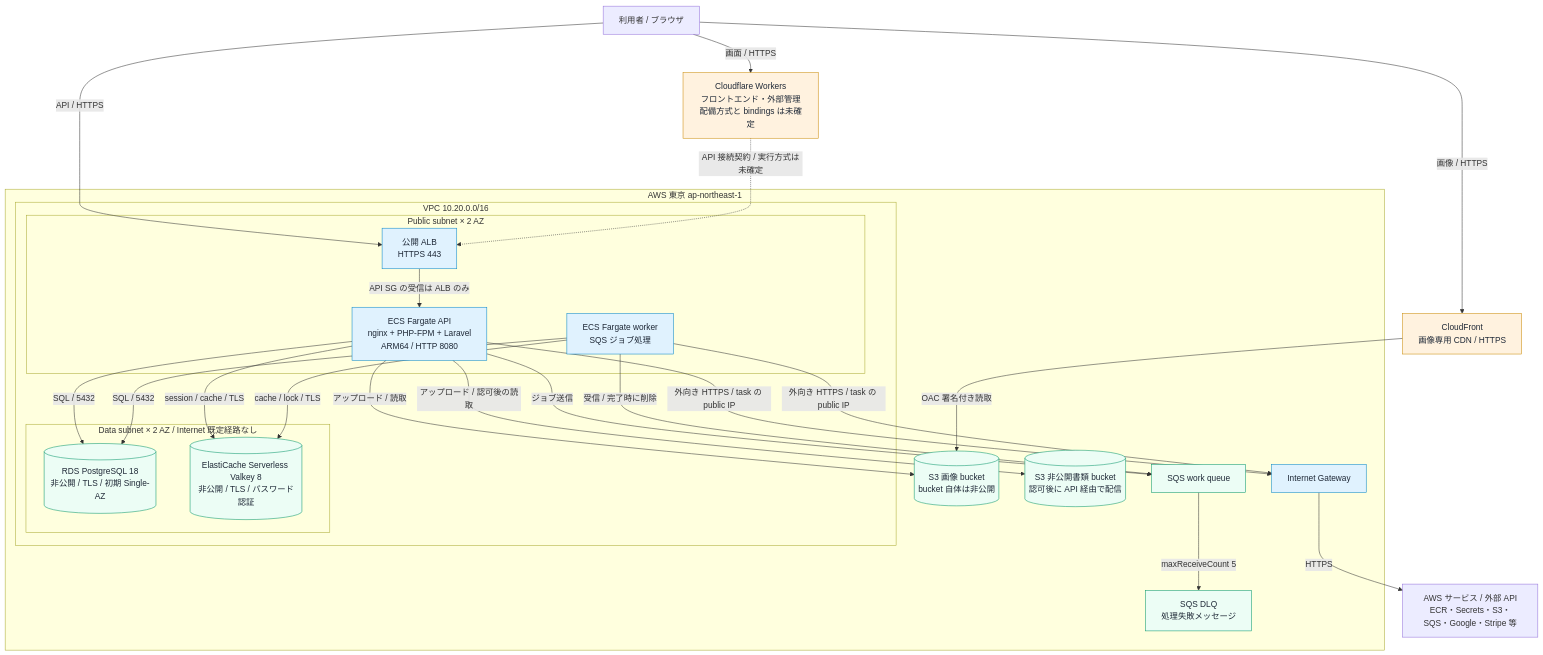
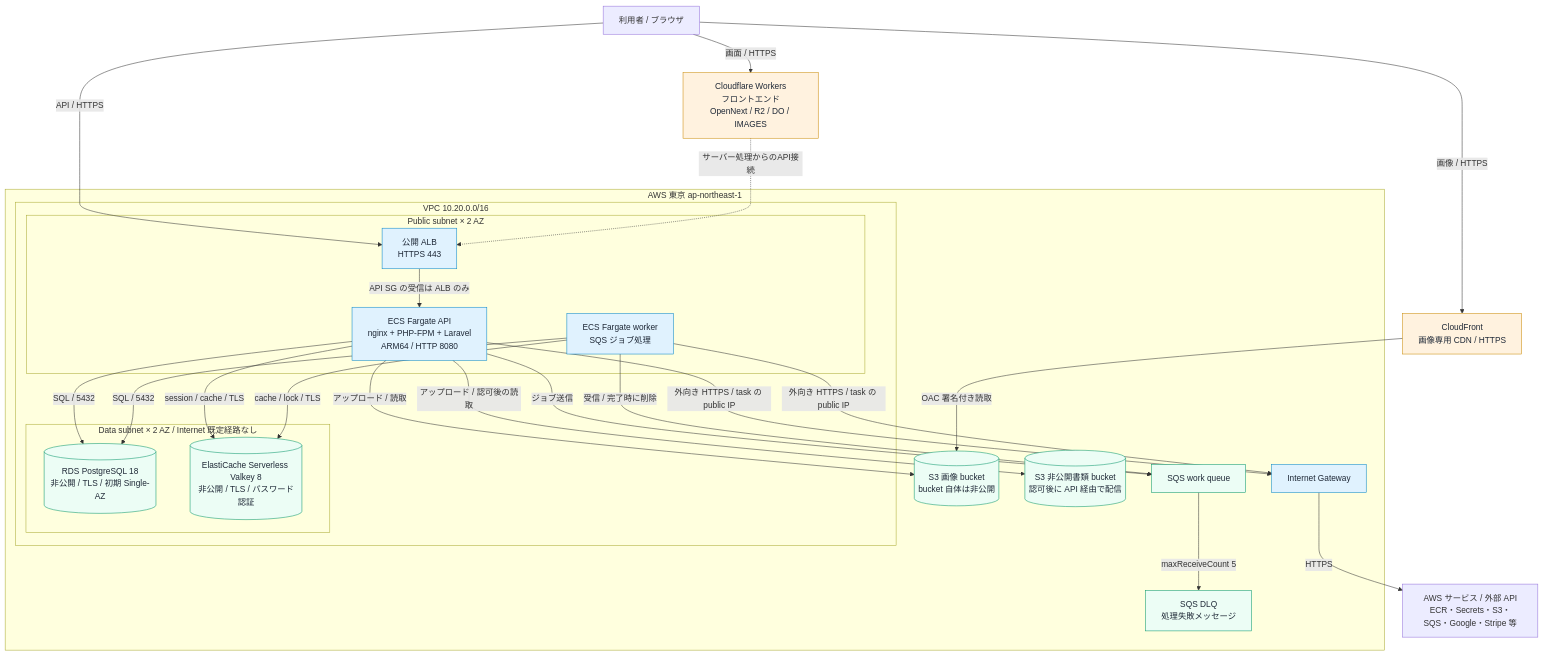
One commit to kpool09122/kpool-backend changed the first of 4 diagrams in doc/infrastructure/architecture.md. Above: the diagram before and after it, drawn with Mermaid. The commit also changed other lines of this file and 6 other files, not shown here.

````diff
--- a/doc/infrastructure/architecture.md
+++ b/doc/infrastructure/architecture.md
@@ -9,52 +9,52 @@
 ```mermaid
 flowchart TB
     user["利用者 / ブラウザ"]
-    frontend["Cloudflare Workers<br/>フロントエンド・外部管理<br/>配備方式と bindings は未確定"]
+    frontend["Cloudflare Workers<br/>フロントエンド<br/>OpenNext / R2 / DO / IMAGES"]
     cdn["CloudFront<br/>画像専用 CDN / HTTPS"]
 
     subgraph aws["AWS 東京 ap-northeast-1"]
         subgraph vpc["VPC 10.20.0.0/16"]
             subgraph public["Public subnet × 2 AZ"]
                 alb["公開 ALB<br/>HTTPS 443"]
                 api["ECS Fargate API<br/>nginx + PHP-FPM + Laravel<br/>ARM64 / HTTP 8080"]
                 worker["ECS Fargate worker<br/>SQS ジョブ処理"]
             end
             subgraph private["Data subnet × 2 AZ / Internet 既定経路なし"]
                 db[("RDS PostgreSQL 18<br/>非公開 / TLS / 初期 Single-AZ")]
                 cache[("ElastiCache Serverless Valkey 8<br/>非公開 / TLS / パスワード認証")]
             end
         end
         images[("S3 画像 bucket<br/>bucket 自体は非公開")]
         files[("S3 非公開書類 bucket<br/>認可後に API 経由で配信")]
         igw["Internet Gateway"]
         queue["SQS work queue"]
         dlq["SQS DLQ<br/>処理失敗メッセージ"]
     end
 
     external["AWS サービス / 外部 API<br/>ECR・Secrets・S3・SQS・Google・Stripe 等"]
     user -->|画面 / HTTPS| frontend
     user -->|API / HTTPS| alb
-    frontend -.->|API 接続契約 / 実行方式は未確定| alb
+    frontend -.->|サーバー処理からのAPI接続| alb
     user -->|画像 / HTTPS| cdn
     alb -->|API SG の受信は ALB のみ| api
     api -->|外向き HTTPS / task の public IP| igw
     worker -->|外向き HTTPS / task の public IP| igw
     igw -->|HTTPS| external
     api -->|SQL / 5432| db
     worker -->|SQL / 5432| db
     api -->|session / cache / TLS| cache
     worker -->|cache / lock / TLS| cache
     api -->|アップロード / 読取| images
     api -->|アップロード / 認可後の読取| files
     cdn -->|OAC 署名付き読取| images
     api -->|ジョブ送信| queue
     worker -->|受信 / 完了時に削除| queue
     queue -->|maxReceiveCount 5| dlq
 
     classDef edge fill:#fff2df,stroke:#ca8a04,color:#1f2937
     classDef compute fill:#e0f2fe,stroke:#0284c7,color:#1f2937
     classDef data fill:#ecfdf5,stroke:#059669,color:#1f2937
     class frontend,cdn edge
     class alb,igw,api,worker compute
     class db,cache,images,files,queue,dlq data
 ```
````
